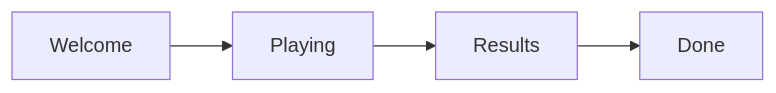
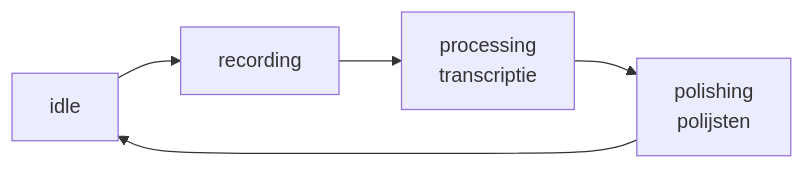
Before and after one commit to x4b5/babl: the diagram in docs/architecture.md, drawn with Mermaid. The commit also changed other lines of this file and 14 other files, not shown here.

Commit message:
docs: game-template restanten verwijderd — README, architectuur en regels kloppen weer met de code

````diff
--- a/docs/architecture.md
+++ b/docs/architecture.md
@@ -7,4 +5,4 @@
 ```mermaid
 graph LR
-    A[Welcome] --> B[Playing] --> C[Results] --> D[Done]
+    A[idle] --> B[recording] --> C[processing<br/>transcriptie] --> D[polishing<br/>polijsten] --> A
 ```
````
